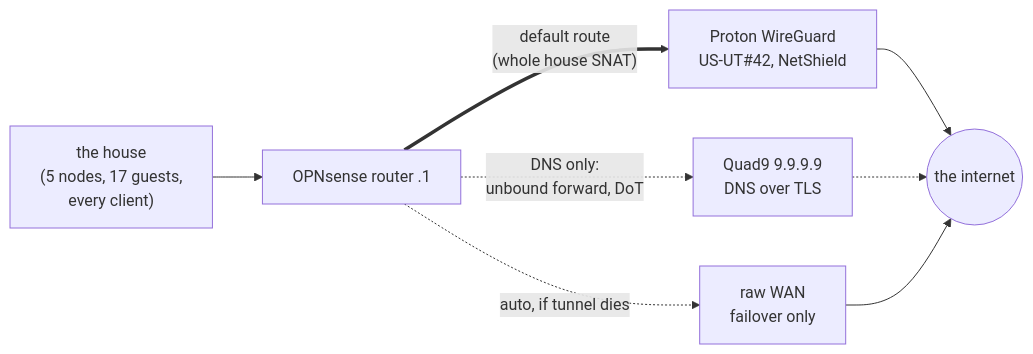
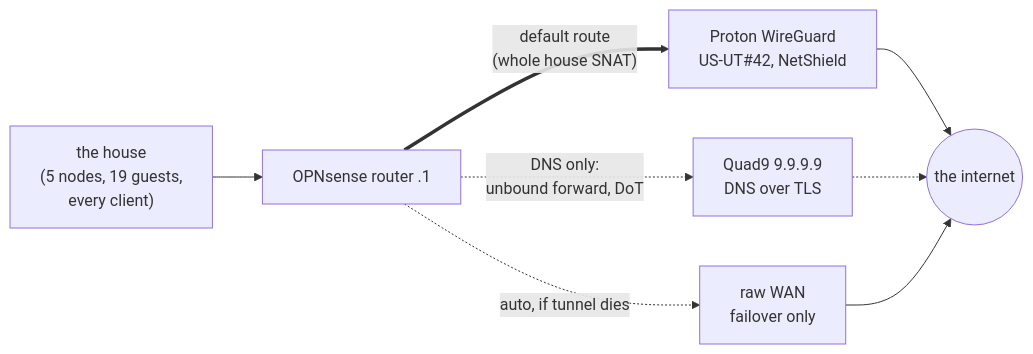
One commit to funkybooboo/homelab changed the second of 5 diagrams in docs/diagrams.md. Above: the diagram before and after it, drawn with Mermaid. The commit also changed other lines of this file and 13 other files, not shown here.

````diff
--- a/docs/diagrams.md
+++ b/docs/diagrams.md
@@ -37,17 +37,17 @@
 ```mermaid
 flowchart LR
-    LAN["the house<br/>(5 nodes, 17 guests,<br/>every client)"]
+    LAN["the house<br/>(5 nodes, 19 guests,<br/>every client)"]
     RT["OPNsense router .1"]
     WG["Proton WireGuard<br/>US-UT#42, NetShield"]
     WWW((the internet))
     QUAD["Quad9 9.9.9.9<br/>DNS over TLS"]
 
     LAN --> RT
     RT == "default route<br/>(whole house SNAT)" ==> WG
     WG --> WWW
     RT -. "DNS only:<br/>unbound forward, DoT" .-> QUAD
     QUAD -.-> WWW
     WAN["raw WAN<br/>failover only"]
     RT -. "auto, if tunnel dies" .-> WAN
     WAN --> WWW
 ```
````
